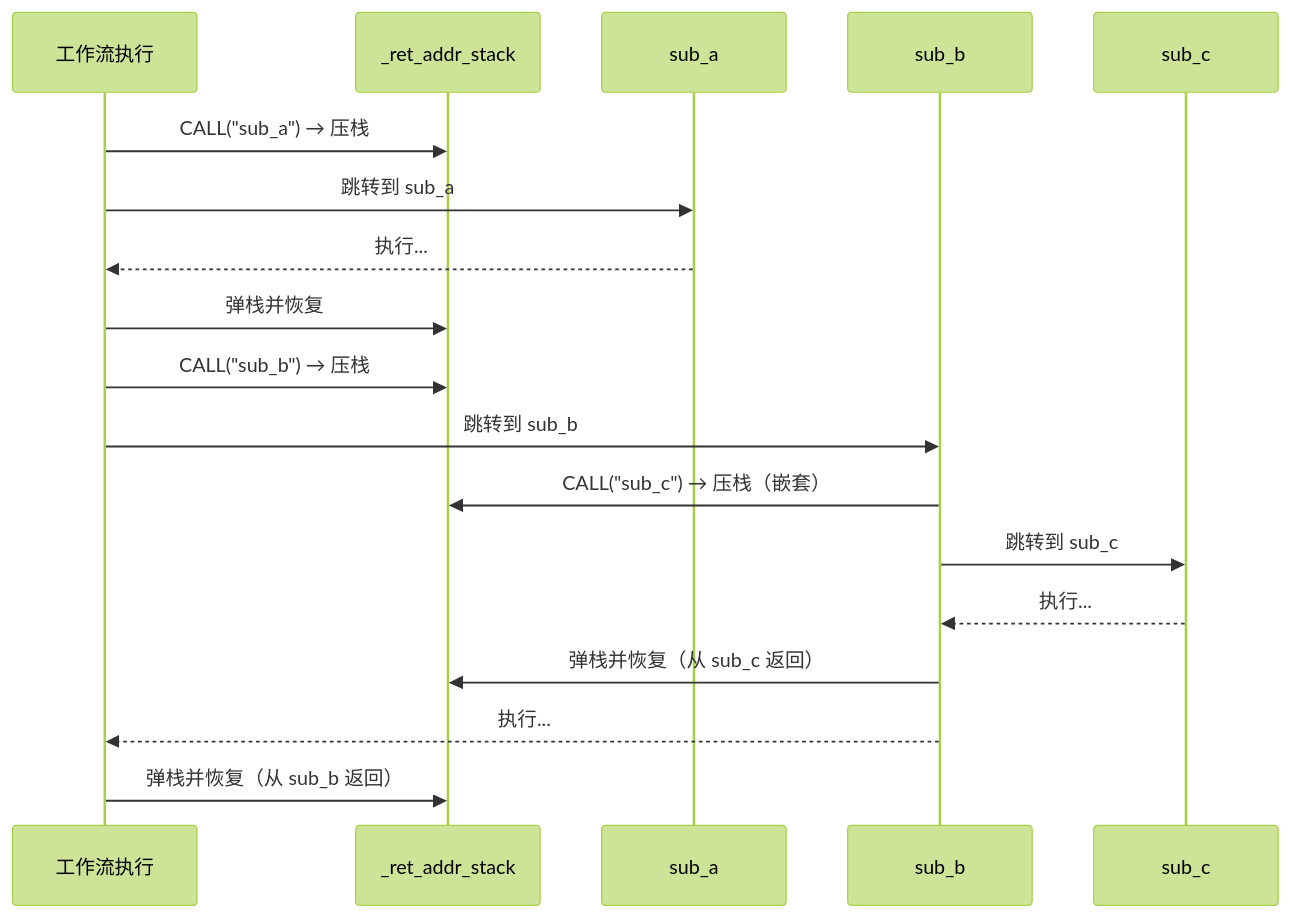
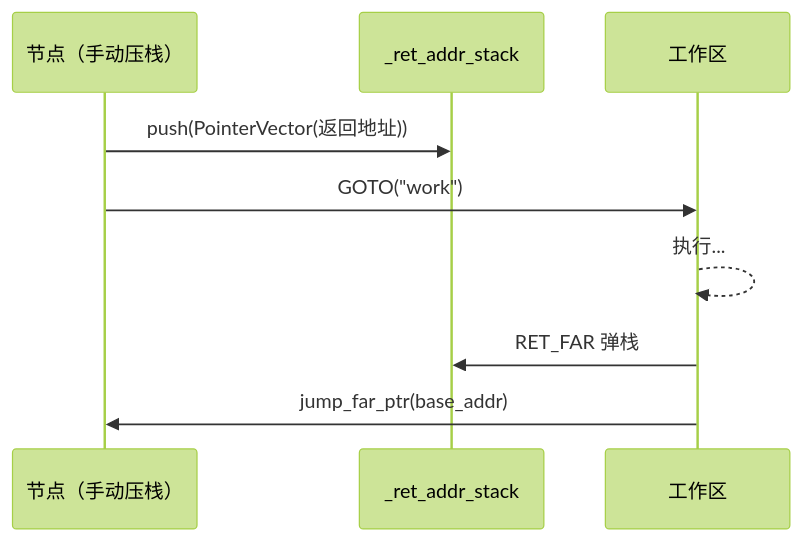
One commit to AmritaBot/AmritaSense changed the diagram in docs/zh/guide/practice/manual-stack-management.md. Above: the diagram before and after it, drawn with Mermaid (forest theme). The commit also changed other lines of this file and 19 other files, not shown here.

Commit message:
refactor(examples): clean up composition and branching demos, enhance RET_FAR documentation

````diff
--- a/docs/zh/guide/practice/manual-stack-management.md
+++ b/docs/zh/guide/practice/manual-stack-management.md
@@ -9,22 +17,12 @@
 ```mermaid
 sequenceDiagram
-    participant W as 工作流执行
+    participant N as 节点（手动压栈）
     participant S as _ret_addr_stack
-    participant A as sub_a
-    participant B as sub_b
-    participant C as sub_c
+    participant W as 工作区
 
-    W->>S: CALL("sub_a") → 压栈
-    W->>A: 跳转到 sub_a
-    A-->>W: 执行...
-    W->>S: 弹栈并恢复
-
-    W->>S: CALL("sub_b") → 压栈
-    W->>B: 跳转到 sub_b
-    B->>S: CALL("sub_c") → 压栈（嵌套）
-    B->>C: 跳转到 sub_c
-    C-->>B: 执行...
-    B->>S: 弹栈并恢复（从 sub_c 返回）
-    B-->>W: 执行...
-    W->>S: 弹栈并恢复（从 sub_b 返回）
+    N->>S: push(PointerVector(返回地址))
+    N->>W: GOTO("work")
+    W-->>W: 执行...
+    W->>S: RET_FAR 弹栈
+    W->>N: jump_far_ptr(base_addr)
 ```
````
